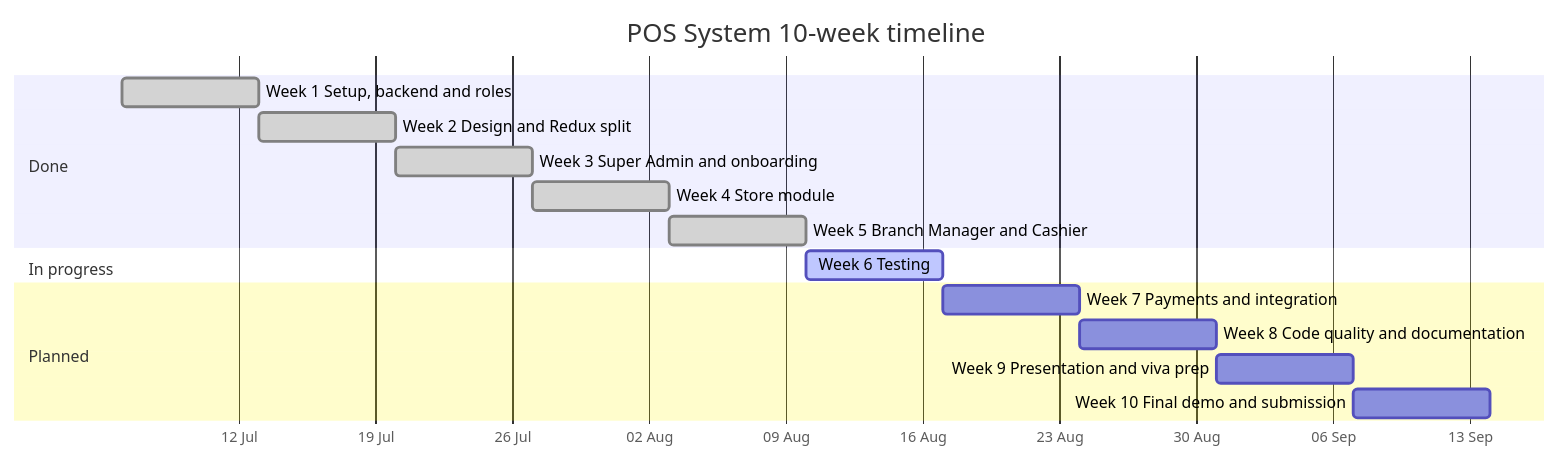
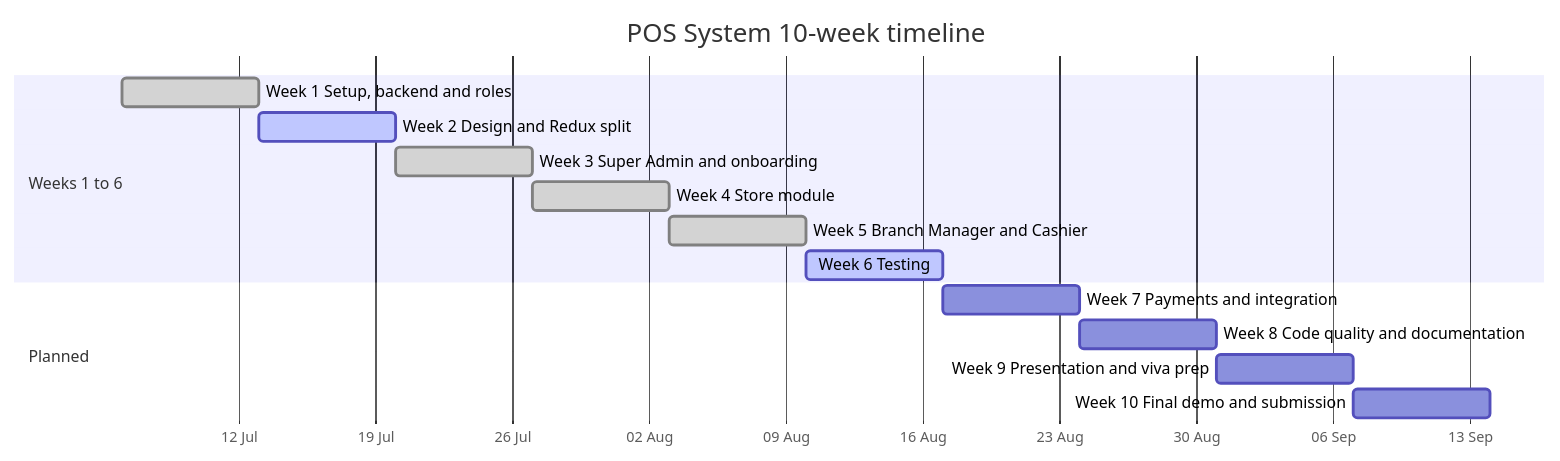
One commit to bohra0022/A-multitenat-pos-system changed the diagram in reports/09-timeline/TIMELINE.md. Above: the diagram before and after it, drawn with Mermaid. The commit also changed other lines of this file and 1 other file, not shown here.

Commit message:
docs(timeline): update the timeline with real commit counts and module owners

````diff
--- a/reports/09-timeline/TIMELINE.md
+++ b/reports/09-timeline/TIMELINE.md
@@ -7,19 +7,18 @@
 ```mermaid
 gantt
     title POS System 10-week timeline
     dateFormat YYYY-MM-DD
     axisFormat %d %b
-    section Done
+    section Weeks 1 to 6
     Week 1 Setup, backend and roles            :done, w1, 2026-07-06, 7d
-    Week 2 Design and Redux split              :done, w2, 2026-07-13, 7d
+    Week 2 Design and Redux split              :active, w2, 2026-07-13, 7d
     Week 3 Super Admin and onboarding          :done, w3, 2026-07-20, 7d
     Week 4 Store module                        :done, w4, 2026-07-27, 7d
     Week 5 Branch Manager and Cashier          :done, w5, 2026-08-03, 7d
-    section In progress
     Week 6 Testing                             :active, w6, 2026-08-10, 7d
     section Planned
     Week 7 Payments and integration            :w7, 2026-08-17, 7d
     Week 8 Code quality and documentation      :w8, 2026-08-24, 7d
     Week 9 Presentation and viva prep          :w9, 2026-08-31, 7d
     Week 10 Final demo and submission          :w10, 2026-09-07, 7d
 ```
````
